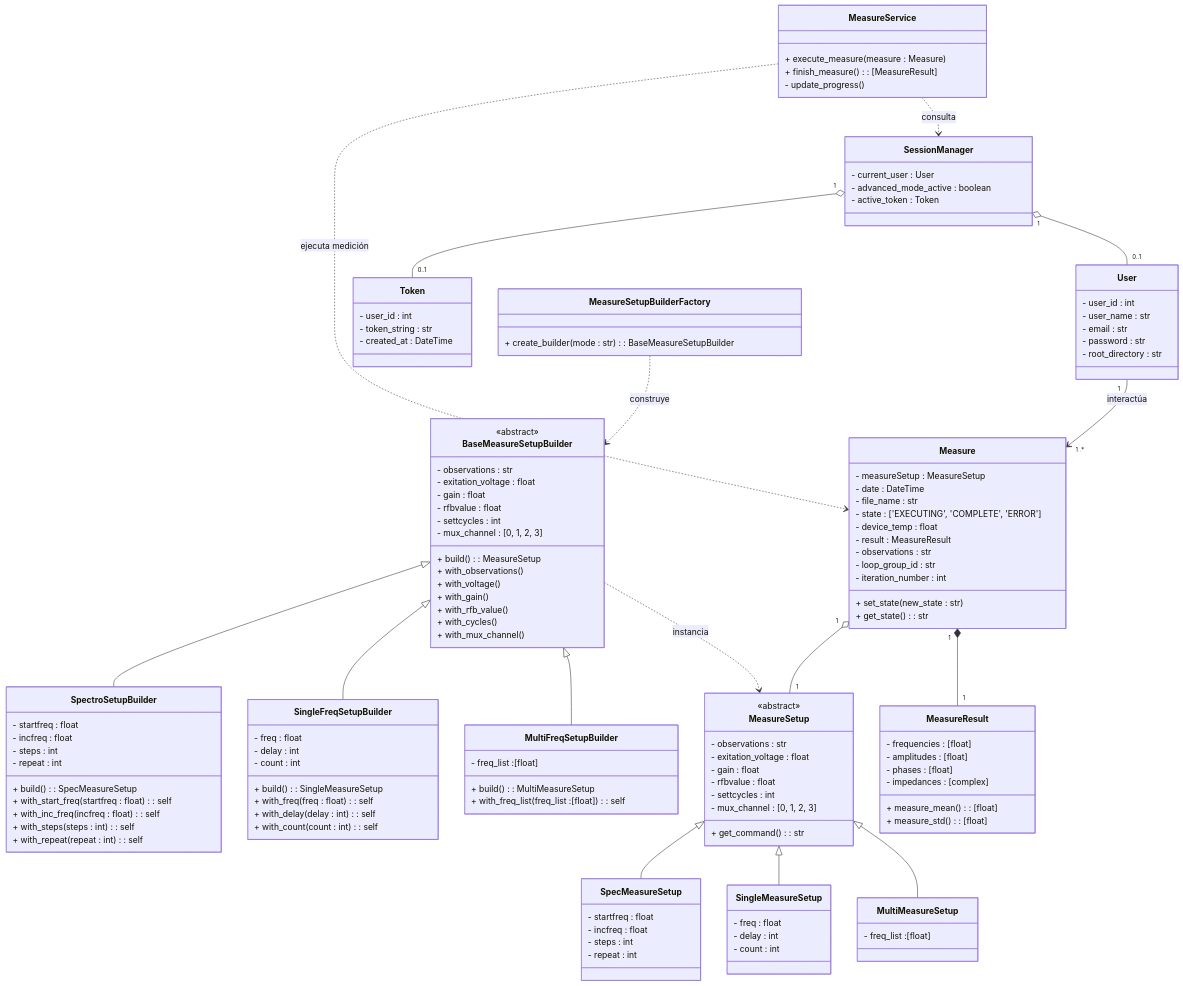
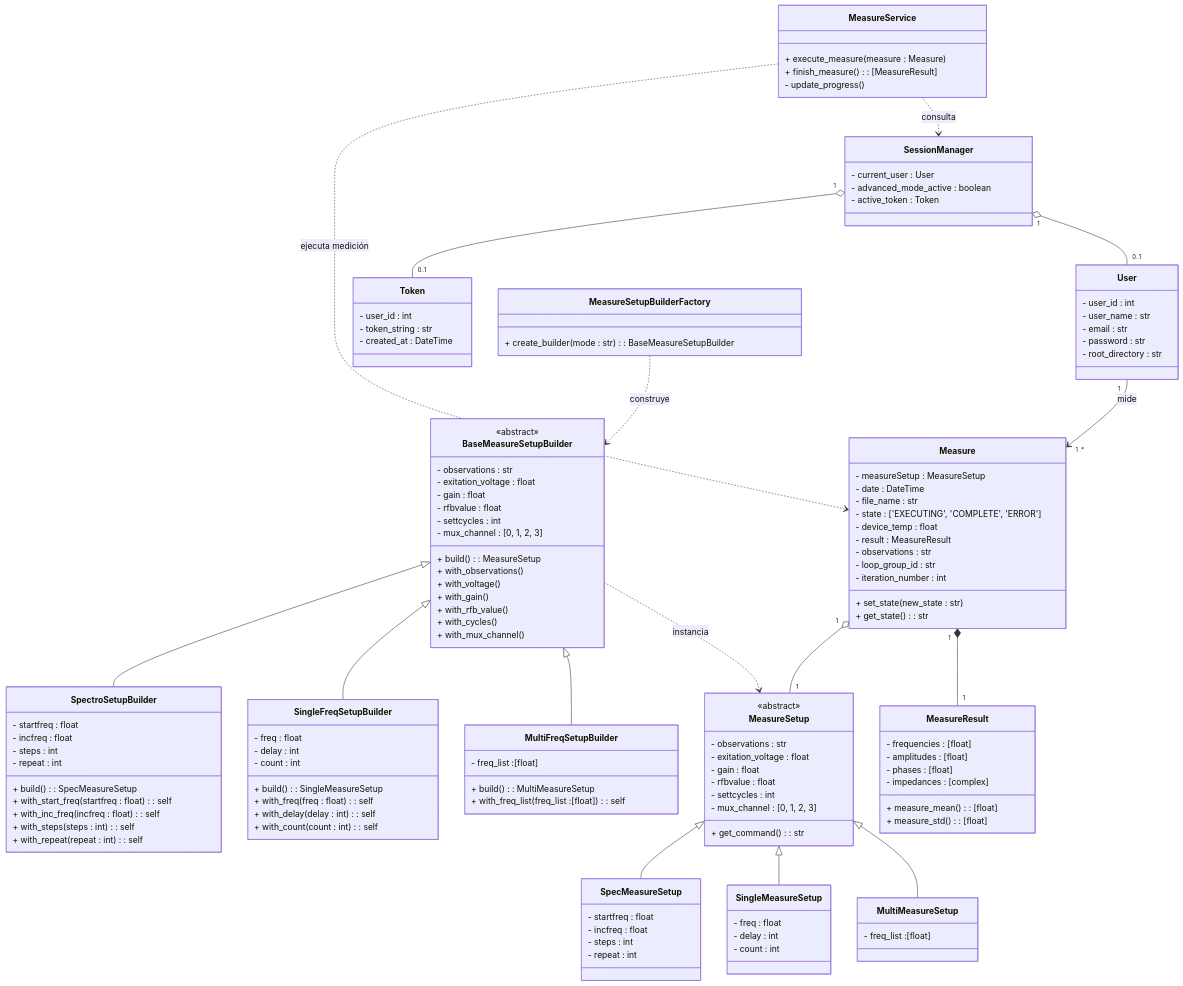
The fourth of 6 diagrams in Gmini-MarkDown/Diagramas/Clases Conceptuales.md (alegrelias/Repo-GMini), drawn with Mermaid before and after one commit. The commit also changed other lines of this file, not shown here.

Commit message:
Se modifica diagrama de clases

```diff
--- a/Gmini-MarkDown/Diagramas/Clases Conceptuales.md
+++ b/Gmini-MarkDown/Diagramas/Clases Conceptuales.md
@@ -630,7 +630,7 @@
 }
 
 %% relaciones
-User "1"-->"1..*" Measure : interactúa
+User "1"-->"1..*" Measure : mide
 
 MeasureSetupBuilderFactory ..> BaseMeasureSetupBuilder : construye
 
```
